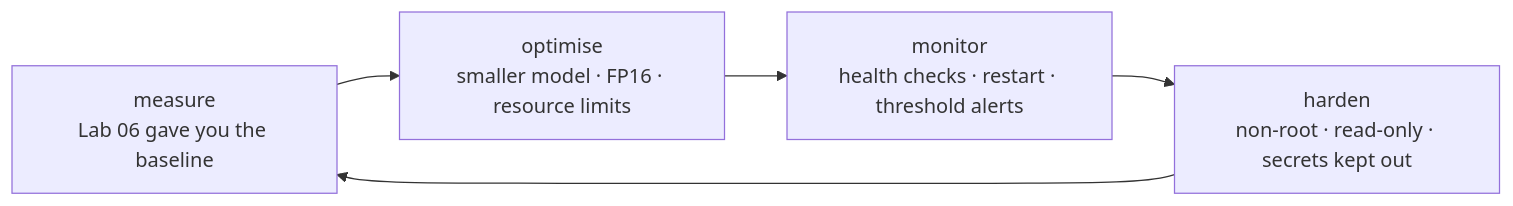
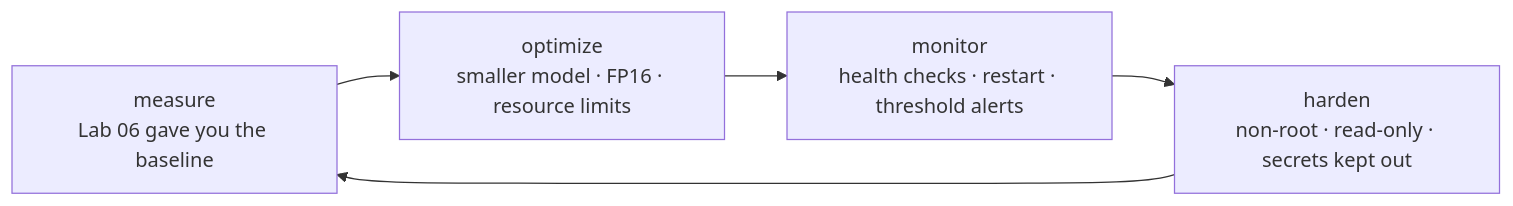
The second of 3 diagrams in Stories/07.md (mpapka/EdgeNotebook), drawn with Mermaid before and after one commit. The commit also changed 14 other files, not shown here.

````diff
--- a/Stories/07.md
+++ b/Stories/07.md
@@ -88,7 +88,7 @@
 ```mermaid
 flowchart LR
-  Meas["measure<br/>Lab 06 gave you the baseline"] --> Opt["optimise<br/>smaller model · FP16 · resource limits"]
+  Meas["measure<br/>Lab 06 gave you the baseline"] --> Opt["optimize<br/>smaller model · FP16 · resource limits"]
   Opt --> Mon["monitor<br/>health checks · restart · threshold alerts"]
   Mon --> Har["harden<br/>non-root · read-only · secrets kept out"]
   Har --> Meas
 ```
````
